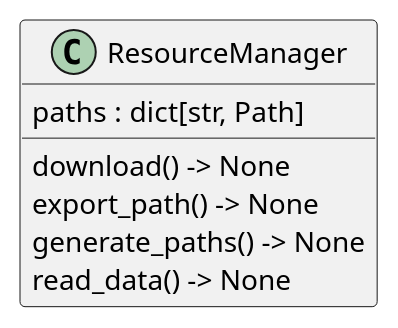
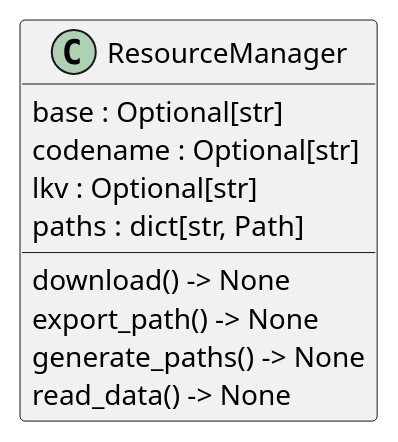
The diagram in docs/architecture/managers/classes.puml (seppzer0/zero_kernel), drawn with PlantUML before and after one commit. The commit also changed 2 other files, not shown here.

Commit message:
docs: update architecture docs

```diff
--- a/docs/architecture/managers/classes.puml
+++ b/docs/architecture/managers/classes.puml
@@ -1,10 +1,13 @@
 @startuml classes
 set namespaceSeparator none
 class "ResourceManager" as managers.resource.ResourceManager {
+  base : Optional[str]
+  codename : Optional[str]
+  lkv : Optional[str]
   paths : dict[str, Path]
   download() -> None
   export_path() -> None
   generate_paths() -> None
   read_data() -> None
 }
 @enduml
```
